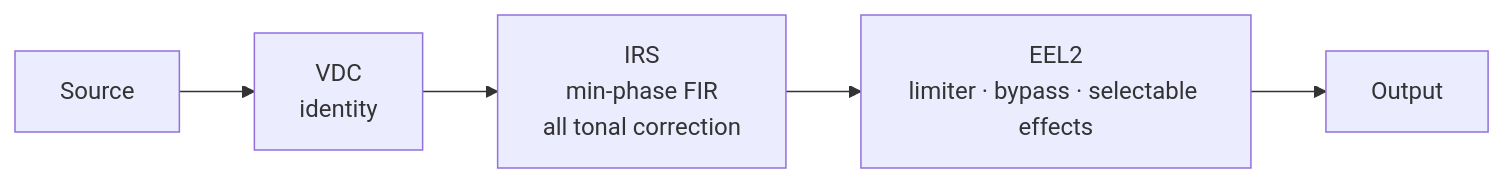
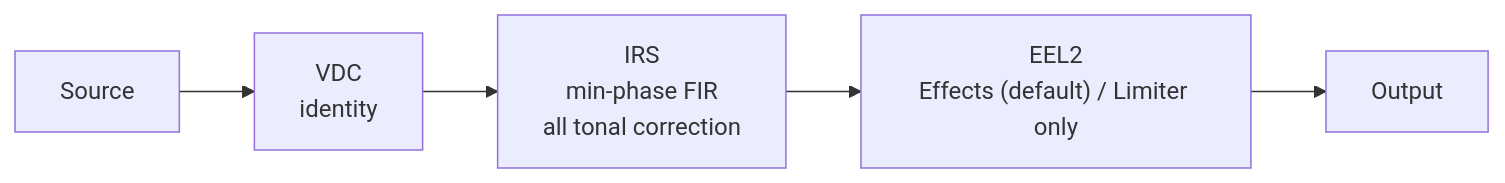
The diagram in README.md (nmstudioo/HyperAudioo), drawn with Mermaid before and after one commit.

Commit message:
Clarify EEL processing choices in README diagram

````diff
--- a/README.md
+++ b/README.md
@@ -38,7 +38,7 @@
 ```mermaid
 flowchart LR
     A[Source] --> B["VDC<br/>identity"]
     B --> C["IRS<br/>min-phase FIR<br/>all tonal correction"]
-    C --> D["EEL2<br/>limiter · bypass · selectable effects"]
+    C --> D["EEL2<br/>Effects (default) / Limiter only"]
     D --> E[Output]
 ```
````
